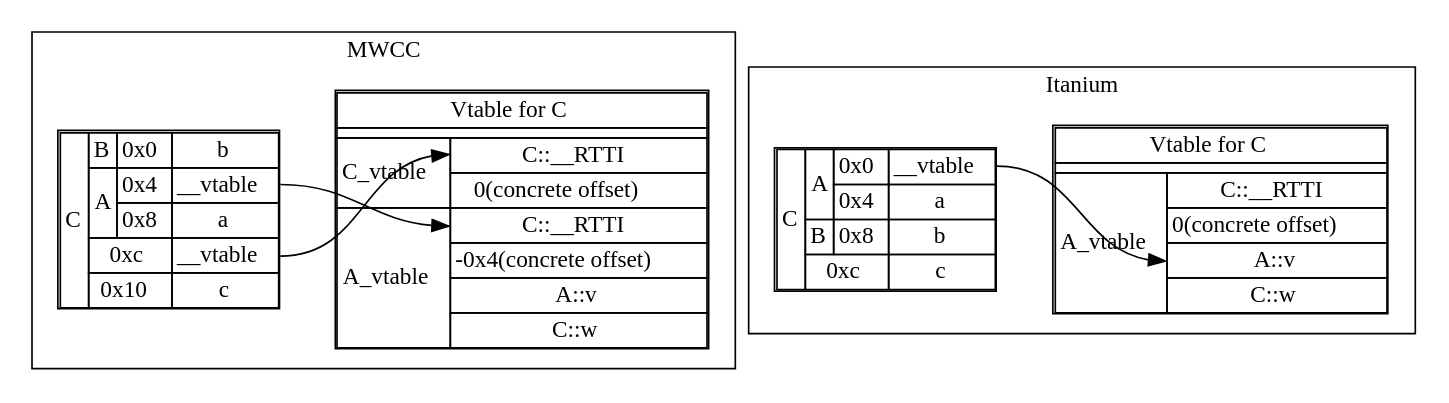
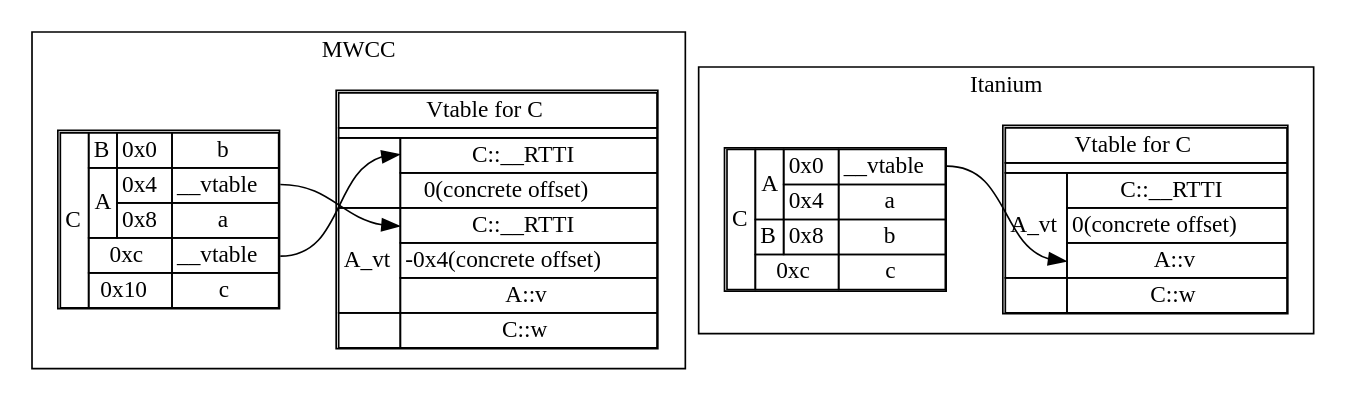
The fifth of 5 diagrams in docs/vtable_basic.md (SephDB/mwcc-abi), drawn with Graphviz before and after one commit. The commit also changed other lines of this file and 1 other file, not shown here.

Commit message:
md and diagram cleanup

````diff
--- a/docs/vtable_basic.md
+++ b/docs/vtable_basic.md
@@ -248,51 +253,51 @@
 ```dot
 
 digraph G {
     rankdir=TB;
     node [shape=none];
     
     subgraph cluster_mwcc {
         label="MWCC";
         {rank=same;
         C [label=<<table cellspacing="0">
             <tr><td rowspan="5">C</td><td>B</td><td>0x0</td><td>b</td></tr>
             <tr><td rowspan="2">A</td><td>0x4</td><td port="A_vt">__vtable</td></tr>
             <tr><td>0x8</td><td>a</td></tr>
             <tr><td colspan="2">0xc</td><td port="C_vt">__vtable</td></tr>
             <tr><td colspan="2">0x10</td><td>c</td></tr>
         </table>>];
         C_vt [label=<<table cellspacing="0">
             <tr><td colspan="2">Vtable for C</td></tr><tr><td colspan="2"></td></tr>
-            <tr><td rowspan="2">C_vtable</td><td port="C_vt">C::__RTTI</td></tr>
+            <tr><td rowspan="2"></td><td port="C_vt">C::__RTTI</td></tr>
             <tr><td>0(concrete offset)</td></tr>
-            <tr><td rowspan="4">A_vtable</td><td port="A_vt">C::__RTTI</td></tr>
+            <tr><td rowspan="3">A_vt</td><td port="A_vt">C::__RTTI</td></tr>
             <tr><td>-0x4(concrete offset)</td></tr>
             <tr><td>A::v</td></tr>
-            <tr><td>C::w</td></tr>
+            <tr><td></td><td>C::w</td></tr>
         </table>>];
         }
         C:A_vt -> C_vt:A_vt:w;
         C:C_vt:e -> C_vt:C_vt:w;
     }
 
     subgraph cluster_itanium {
         label="Itanium";
         {rank=same
         C2 [label=<<table cellspacing="0">
             <tr><td rowspan="4">C</td><td rowspan="2">A</td><td>0x0</td><td port="A_vt">__vtable</td></tr>
             <tr><td>0x4</td><td>a</td></tr>
             <tr><td>B</td><td>0x8</td><td>b</td></tr>
             <tr><td colspan="2">0xc</td><td>c</td></tr>
         </table>>];
         C2_vt [label=<<table cellspacing="0">
             <tr><td colspan="2">Vtable for C</td></tr><tr><td colspan="2"></td></tr>
-            <tr><td rowspan="4">A_vtable</td><td>C::__RTTI</td></tr>
+            <tr><td rowspan="3">A_vt</td><td>C::__RTTI</td></tr>
             <tr><td>0(concrete offset)</td></tr>
             <tr><td port="A_vt">A::v</td></tr>
-            <tr><td>C::w</td></tr>
+            <tr><td></td><td>C::w</td></tr>
         </table>>];
         }
         C2:A_vt -> C2_vt:A_vt:w;
     }
 }
 ```
````
